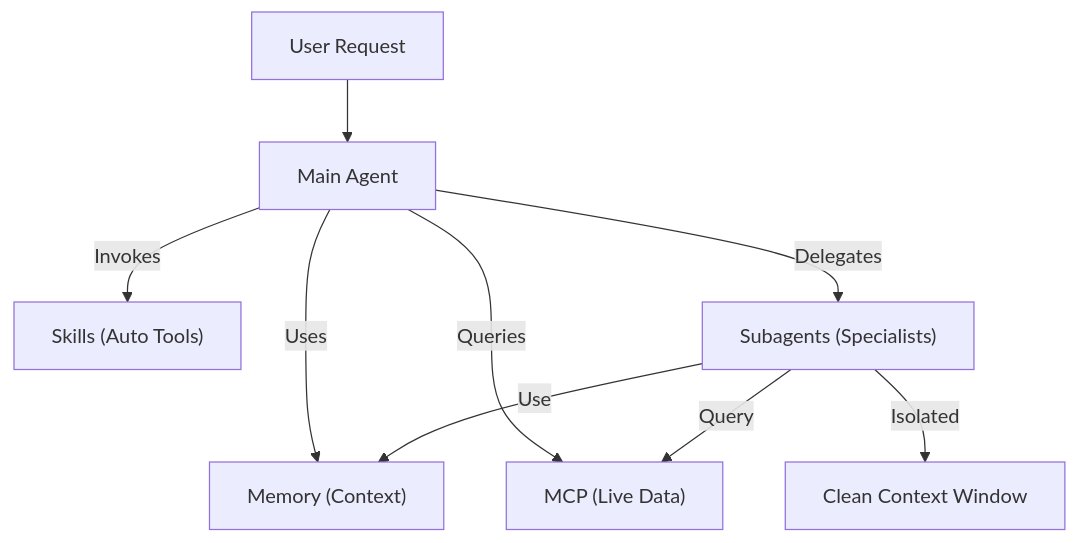
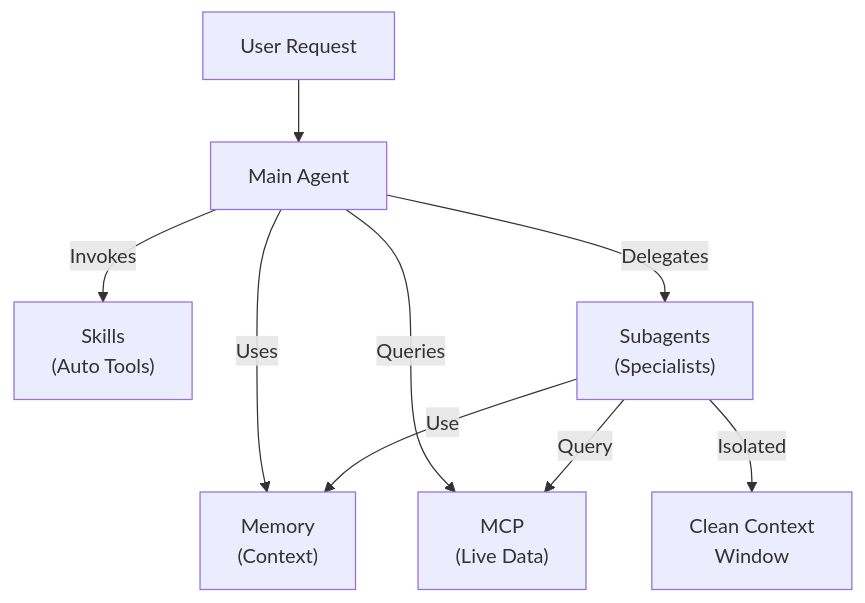
Before and after one commit to Rx782-Fss/claude-howto-zh: the seventh of 7 diagrams in claude-howto-zh/04-subagents/README.md, drawn with Mermaid. The commit also changed other lines of this file and 91 other files, not shown here.

````diff
--- a/claude-howto-zh/04-subagents/README.md
+++ b/claude-howto-zh/04-subagents/README.md
@@ -1093,12 +1194,12 @@
 ```mermaid
 graph TD
     User["User Request"] --> Main["Main Agent"]
-    Main -->|Uses| Memory["Memory (Context)"]
-    Main -->|Queries| MCP["MCP (Live Data)"]
-    Main -->|Invokes| Skills["Skills (Auto Tools)"]
-    Main -->|Delegates| Subagents["Subagents (Specialists)"]
+    Main -->|Uses| Memory["Memory<br/>(Context)"]
+    Main -->|Queries| MCP["MCP<br/>(Live Data)"]
+    Main -->|Invokes| Skills["Skills<br/>(Auto Tools)"]
+    Main -->|Delegates| Subagents["Subagents<br/>(Specialists)"]
 
     Subagents -->|Use| Memory
     Subagents -->|Query| MCP
-    Subagents -->|Isolated| Context["Clean Context Window"]
+    Subagents -->|Isolated| Context["Clean Context<br/>Window"]
 ```
````
